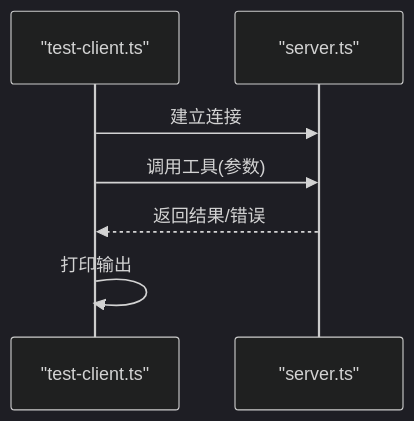
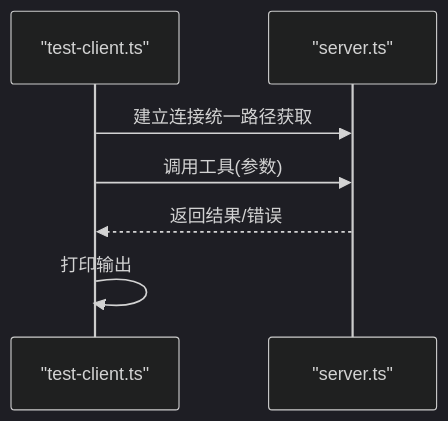
The fourth of 8 diagrams in .qoder/repowiki/zh/content/演示和示例/Day6 GitHub MCP 演示.md (Leslie-Chuan/classic-example), drawn with Mermaid (dark theme) before and after one commit. The commit also changed other lines of this file and 46 other files, not shown here.

````diff
--- a/.qoder/repowiki/zh/content/演示和示例/Day6 GitHub MCP 演示.md
+++ b/.qoder/repowiki/zh/content/演示和示例/Day6 GitHub MCP 演示.md
@@ -156,9 +165,9 @@
 ```mermaid
 sequenceDiagram
 participant T as "test-client.ts"
 participant S as "server.ts"
-T->>S : 建立连接
+T->>S : 建立连接统一路径获取
 T->>S : 调用工具(参数)
 S-->>T : 返回结果/错误
 T->>T : 打印输出
 ```
````
